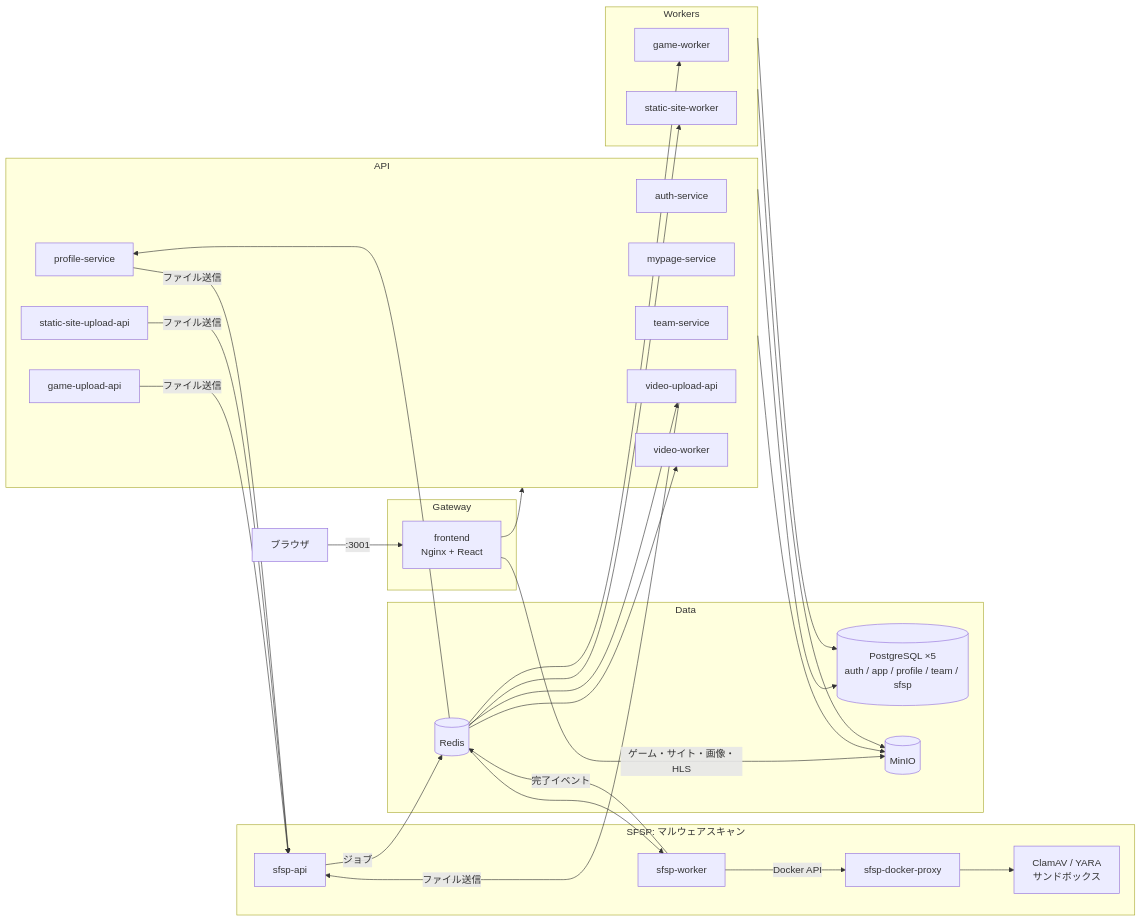
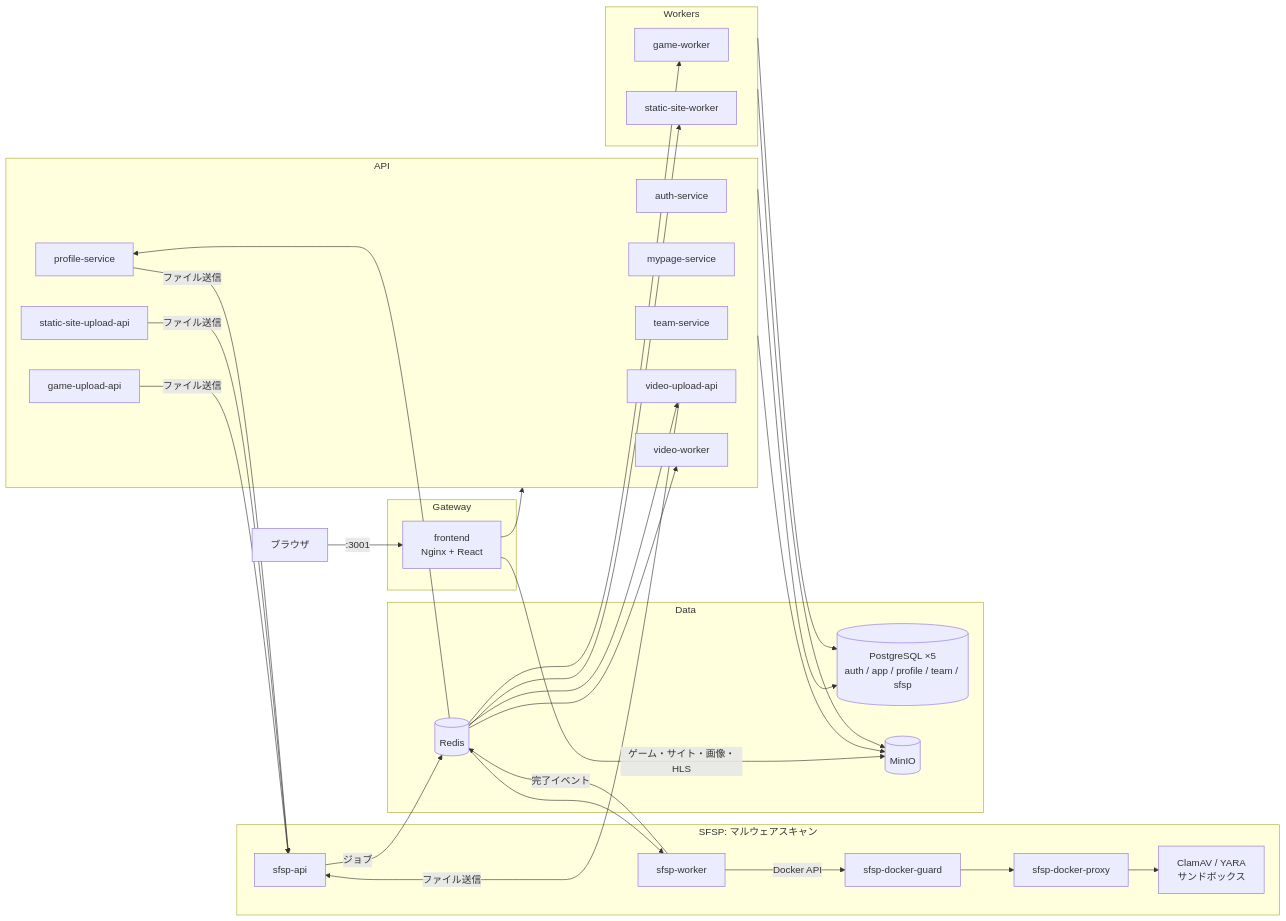
Before and after one commit to TARS8000/Atomosidea: the first of 2 diagrams in README.md, drawn with Mermaid. The commit also changed other lines of this file and 21 other files, not shown here.

First line of the commit message:
sfsp-worker と mon-backend の Docker API を絞る（sfsp-docker-guard・mon-docker-proxy） (#5)

````diff
--- a/README.md
+++ b/README.md
@@ -127,48 +127,49 @@
 ```mermaid
 graph LR
     Browser[ブラウザ] -->|:3001| Nginx
 
     subgraph Gateway
         Nginx[frontend<br/>Nginx + React]
     end
 
     subgraph API
         Auth[auth-service]
         Profile[profile-service]
         MyPage[mypage-service]
         Team[team-service]
         VUp[video-upload-api]
         VW[video-worker]
         GUp[game-upload-api]
         SUp[static-site-upload-api]
     end
 
     subgraph Workers
         GW[game-worker]
         SW[static-site-worker]
     end
 
     subgraph SFSP[SFSP: マルウェアスキャン]
         SApi[sfsp-api]
         SWk[sfsp-worker]
+        DGuard[sfsp-docker-guard]
         DProxy[sfsp-docker-proxy]
         Sandbox[ClamAV / YARA<br/>サンドボックス]
     end
 
     subgraph Data
         PG[("PostgreSQL ×5<br/>auth / app / profile / team / sfsp")]
         Redis[(Redis)]
         MinIO[(MinIO)]
     end
 
     Nginx --> API
     Nginx -->|ゲーム・サイト・画像・HLS| MinIO
     VUp & GUp & SUp & Profile -->|ファイル送信| SApi
     SApi -->|ジョブ| Redis
     Redis --> SWk
-    SWk -->|Docker API| DProxy --> Sandbox
+    SWk -->|Docker API| DGuard --> DProxy --> Sandbox
     SWk -->|完了イベント| Redis
     Redis --> VUp & GW & SW & Profile & VW
     API & Workers --> PG
     API & Workers --> MinIO
 ```
````
